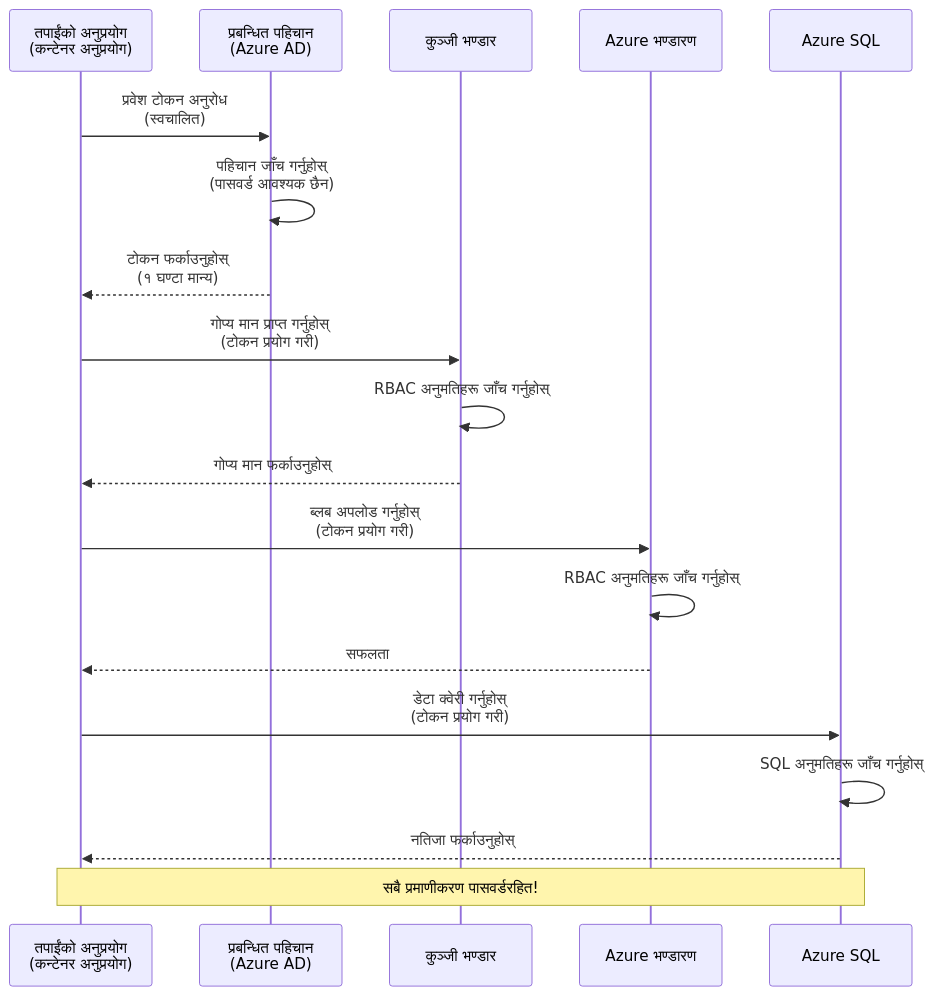
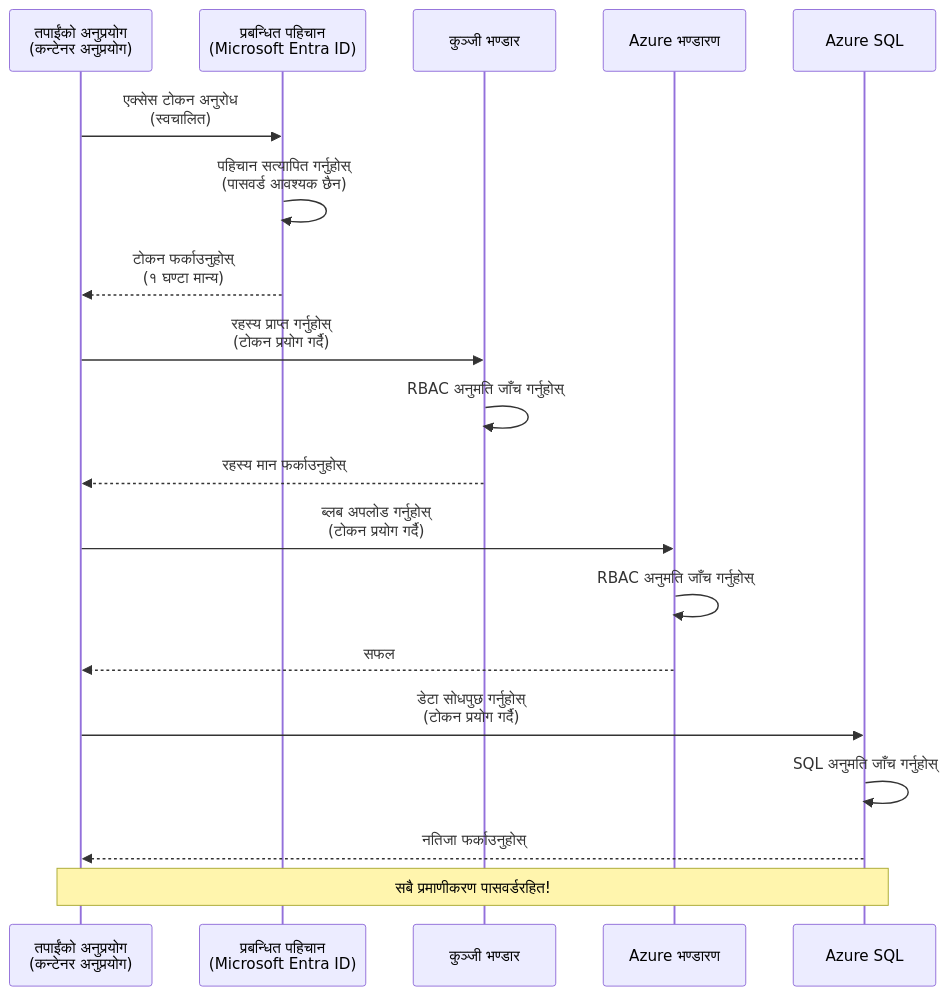
One commit to microsoft/AZD-for-beginners changed the first of 2 diagrams in translations/ne/docs/chapter-03-configuration/authsecurity.md. Above: the diagram before and after it, drawn with Mermaid. The commit also changed other lines of this file and 104 other files, not shown here.

````diff
--- a/translations/ne/docs/chapter-03-configuration/authsecurity.md
+++ b/translations/ne/docs/chapter-03-configuration/authsecurity.md
@@ -69,26 +69,26 @@
 ```mermaid
 sequenceDiagram
     participant App as तपाईंको अनुप्रयोग<br/>(कन्टेनर अनुप्रयोग)
-    participant MI as प्रबन्धित पहिचान<br/>(Azure AD)
+    participant MI as प्रबन्धित पहिचान<br/>(Microsoft Entra ID)
     participant KV as कुञ्जी भण्डार
     participant Storage as Azure भण्डारण
     participant DB as Azure SQL
     
-    App->>MI: प्रवेश टोकन अनुरोध<br/>(स्वचालित)
-    MI->>MI: पहिचान जाँच गर्नुहोस्<br/>(पासवर्ड आवश्यक छैन)
+    App->>MI: एक्सेस टोकन अनुरोध<br/>(स्वचालित)
+    MI->>MI: पहिचान सत्यापित गर्नुहोस्<br/>(पासवर्ड आवश्यक छैन)
     MI-->>App: टोकन फर्काउनुहोस्<br/>(१ घण्टा मान्य)
     
-    App->>KV: गोप्य मान प्राप्त गर्नुहोस्<br/>(टोकन प्रयोग गरी)
-    KV->>KV: RBAC अनुमतिहरू जाँच गर्नुहोस्
-    KV-->>App: गोप्य मान फर्काउनुहोस्
+    App->>KV: रहस्य प्राप्त गर्नुहोस्<br/>(टोकन प्रयोग गर्दै)
+    KV->>KV: RBAC अनुमति जाँच गर्नुहोस्
+    KV-->>App: रहस्य मान फर्काउनुहोस्
     
-    App->>Storage: ब्लब अपलोड गर्नुहोस्<br/>(टोकन प्रयोग गरी)
-    Storage->>Storage: RBAC अनुमतिहरू जाँच गर्नुहोस्
-    Storage-->>App: सफलता
+    App->>Storage: ब्लब अपलोड गर्नुहोस्<br/>(टोकन प्रयोग गर्दै)
+    Storage->>Storage: RBAC अनुमति जाँच गर्नुहोस्
+    Storage-->>App: सफल
     
-    App->>DB: डेटा क्वेरी गर्नुहोस्<br/>(टोकन प्रयोग गरी)
-    DB->>DB: SQL अनुमतिहरू जाँच गर्नुहोस्
+    App->>DB: डेटा सोधपुछ गर्नुहोस्<br/>(टोकन प्रयोग गर्दै)
+    DB->>DB: SQL अनुमति जाँच गर्नुहोस्
     DB-->>App: नतिजा फर्काउनुहोस्
     
     Note over App,DB: सबै प्रमाणीकरण पासवर्डरहित!
 ```
````
